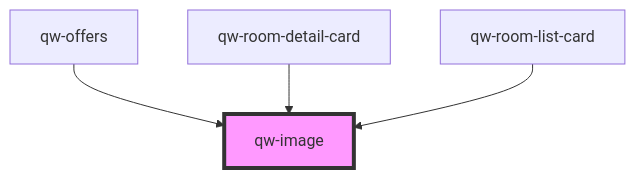
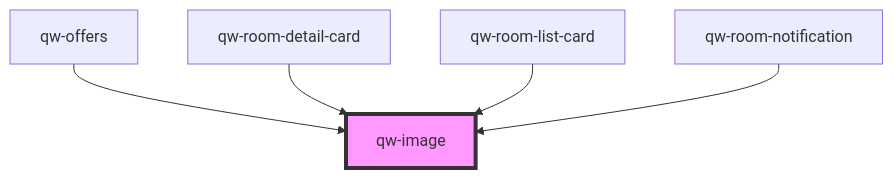
One commit to qwentes-team/qw-hotels changed the diagram in src/components/shared/qw-image/readme.md. Above: the diagram before and after it, drawn with Mermaid. The commit also changed other lines of this file and 14 other files, not shown here.

````diff
--- a/src/components/shared/qw-image/readme.md
+++ b/src/components/shared/qw-image/readme.md
@@ -25,7 +26,8 @@
 ```mermaid
 graph TD;
   qw-offers --> qw-image
   qw-room-detail-card --> qw-image
   qw-room-list-card --> qw-image
+  qw-room-notification --> qw-image
   style qw-image fill:#f9f,stroke:#333,stroke-width:4px
 ```
````
